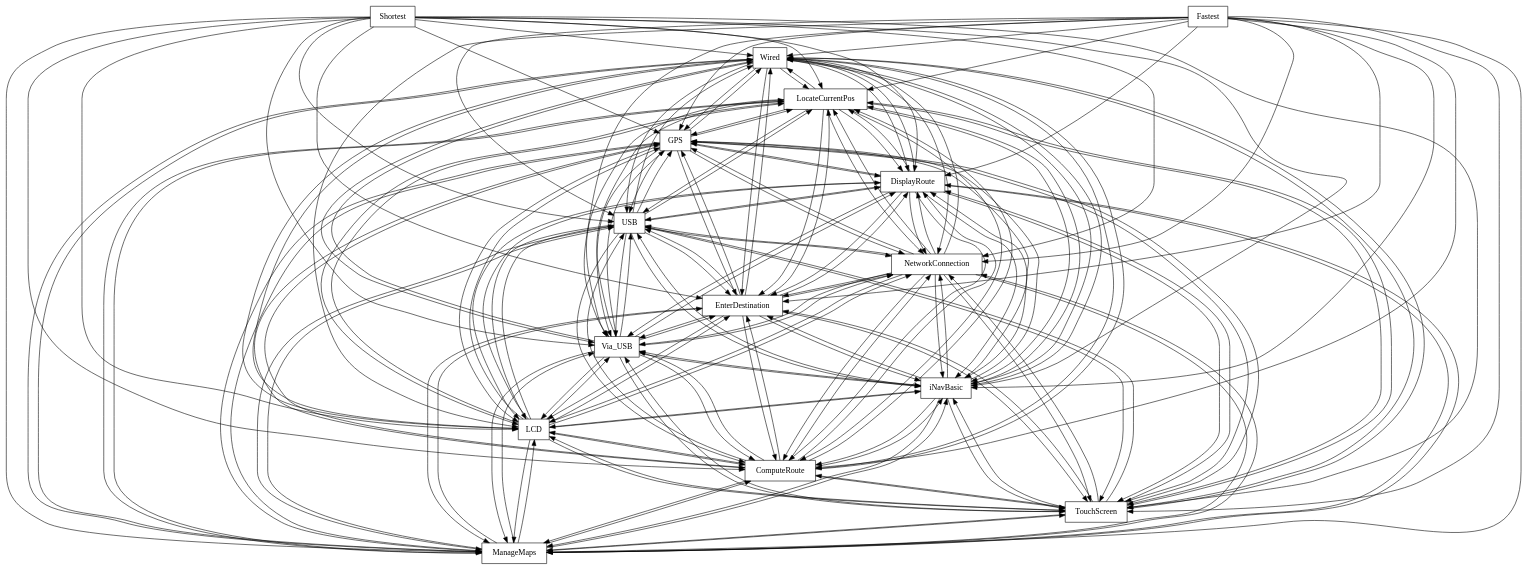
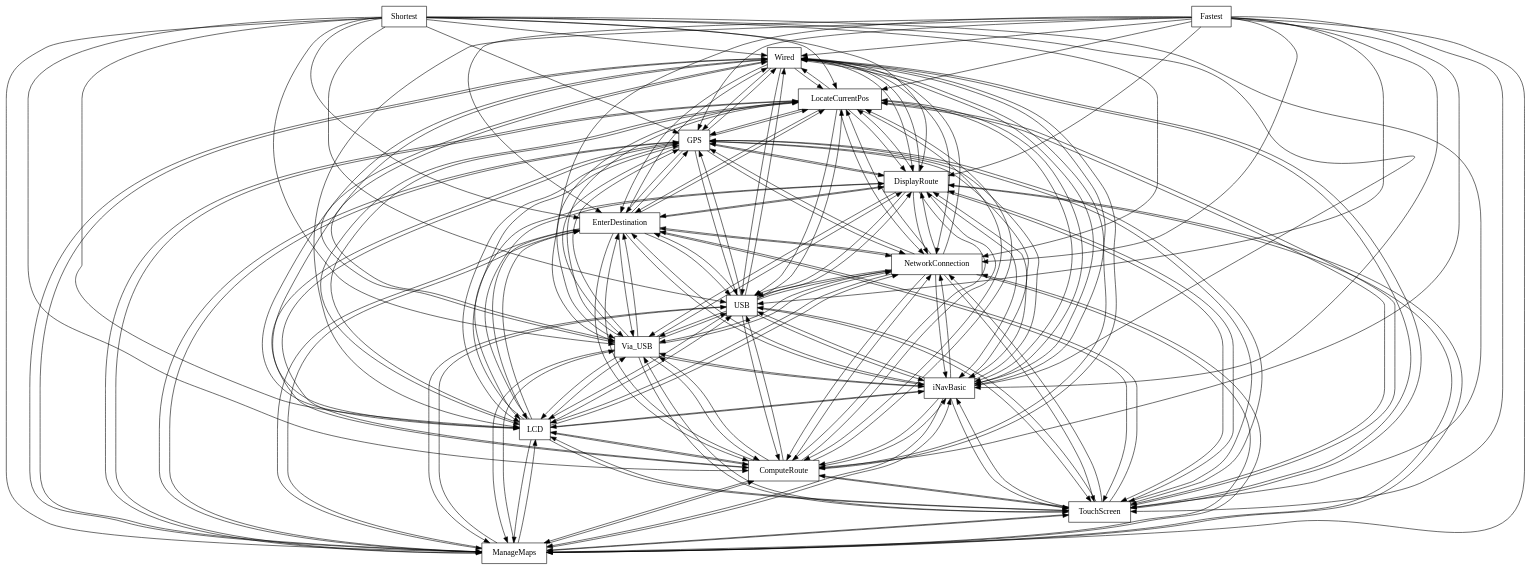
The diagram in FAMILIAR/output/SPLOT-big/fm_120_model_20111214_733452875.xml.dot (FAMILIAR-project/familiar-language), drawn with Graphviz before and after one commit. The commit also changed 179 other files, not shown here.

```diff
--- a/FAMILIAR/output/SPLOT-big/fm_120_model_20111214_733452875.xml.dot
+++ b/FAMILIAR/output/SPLOT-big/fm_120_model_20111214_733452875.xml.dot
@@ -12,9 +12,9 @@
 7[label="LCD",]
 8[label="iNavBasic",]
 9[label="Via_USB",]
-10[label="EnterDestination",]
+10[label="USB",]
 11[label="NetworkConnection",]
-12[label="USB",]
+12[label="EnterDestination",]
 13[label="DisplayRoute",]
 14[label="GPS",]
 0->1[label="",]
```
